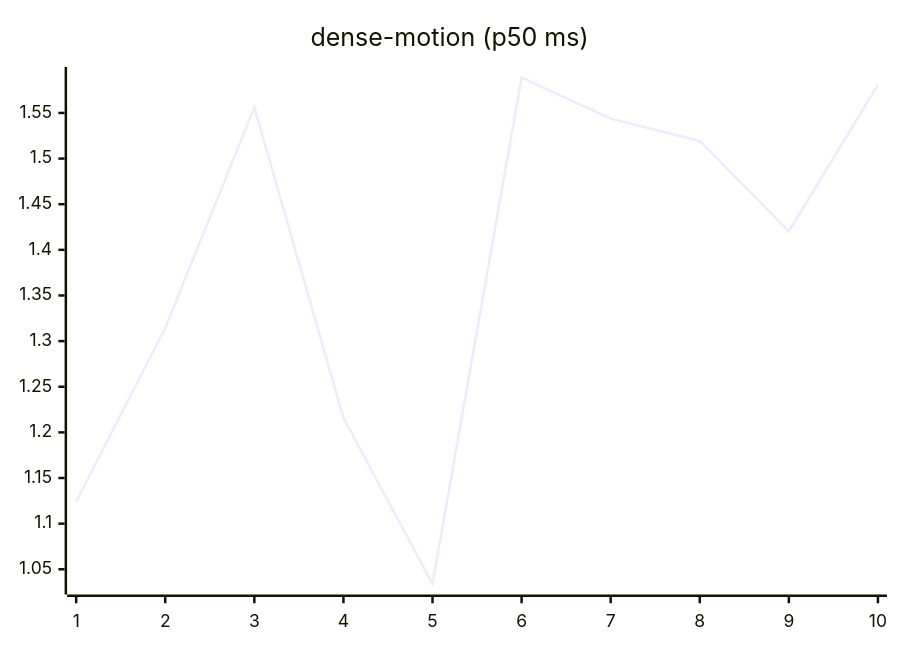
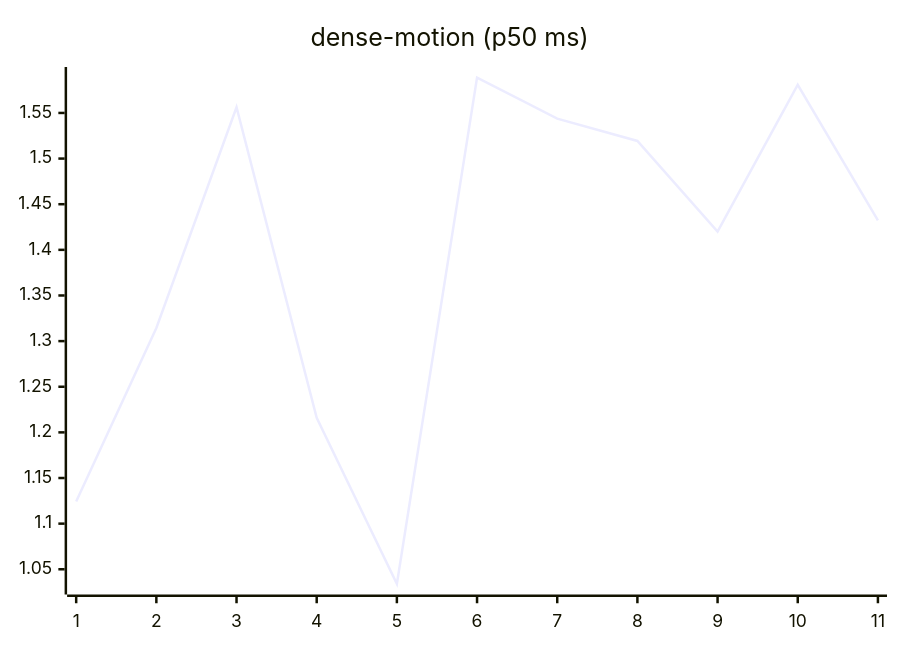
One commit to josha/Facet changed the ninth of 27 diagrams in README.md. Above: the diagram before and after it, drawn with Mermaid. The commit also changed other lines of this file and 2 other files, not shown here.

````diff
--- a/README.md
+++ b/README.md
@@ -119,6 +119,6 @@
 ```mermaid
 xychart-beta
     title "dense-motion (p50 ms)"
-    x-axis 1 --> 10
-    line [1.1243, 1.3144, 1.5562, 1.2159, 1.0340, 1.5887, 1.5438, 1.5193, 1.4201, 1.5809]
+    x-axis 1 --> 11
+    line [1.1243, 1.3144, 1.5562, 1.2159, 1.0340, 1.5887, 1.5438, 1.5193, 1.4201, 1.5809, 1.4323]
 ```
````
